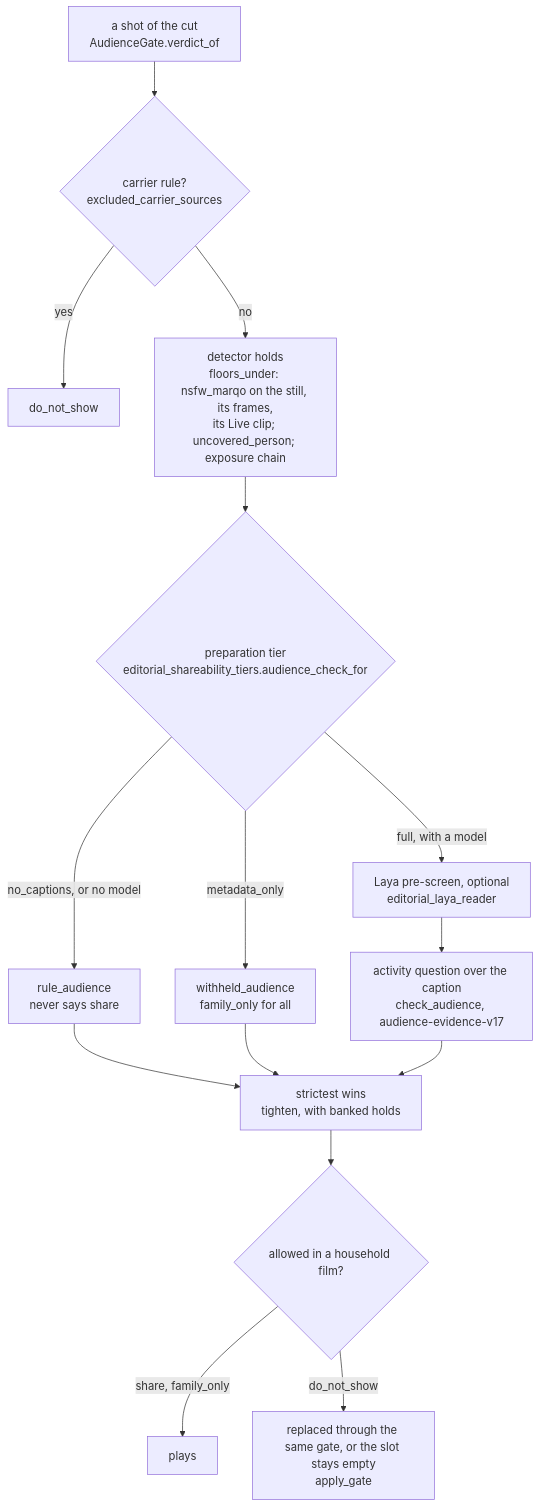
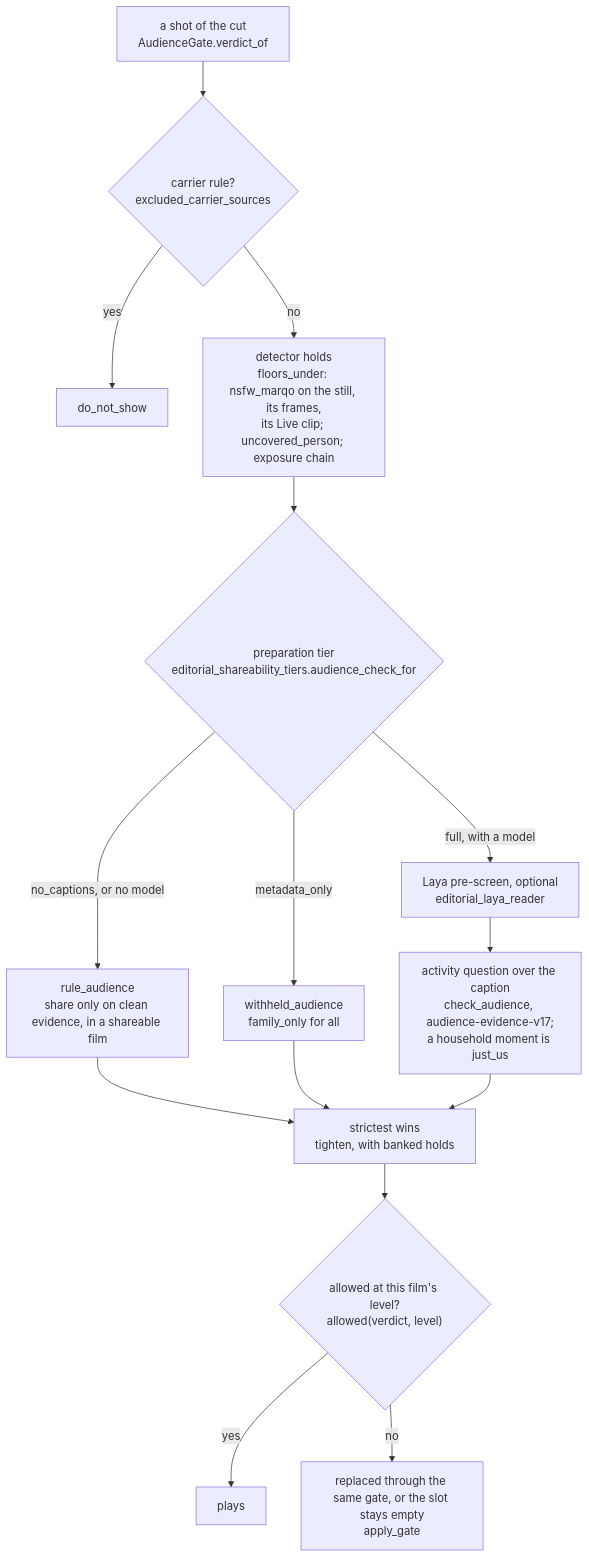
The second of 2 diagrams in docs-site/docs/how-it-chooses/family-audience-duplicates.md (sam-dumont/immich-video-memory-generator), drawn with Mermaid before and after one commit. The commit also changed other lines of this file and 57 other files, not shown here.

First line of the commit message:
feat(sharing): one sharing level per film: just us, family, shareable (#1325)

````diff
--- a/docs-site/docs/how-it-chooses/family-audience-duplicates.md
+++ b/docs-site/docs/how-it-chooses/family-audience-duplicates.md
@@ -86,17 +100,17 @@
 ```mermaid
 flowchart TD
   shot["a shot of the cut<br/>AudienceGate.verdict_of"] --> rule{"carrier rule?<br/>excluded_carrier_sources"}
   rule -- yes --> dns["do_not_show"]
   rule -- no --> floor["detector holds<br/>floors_under: nsfw_marqo on the still, its frames,<br/>its Live clip; uncovered_person; exposure chain"]
   floor --> tier{"preparation tier<br/>editorial_shareability_tiers.audience_check_for"}
-  tier -- "no_captions, or no model" --> ra["rule_audience<br/>never says share"]
+  tier -- "no_captions, or no model" --> ra["rule_audience<br/>share only on clean evidence, in a shareable film"]
   tier -- "metadata_only" --> wa["withheld_audience<br/>family_only for all"]
   tier -- "full, with a model" --> laya["Laya pre-screen, optional<br/>editorial_laya_reader"]
-  laya --> ca["activity question over the caption<br/>check_audience, audience-evidence-v17"]
+  laya --> ca["activity question over the caption<br/>check_audience, audience-evidence-v17;<br/>a household moment is just_us"]
   ra --> strict["strictest wins<br/>tighten, with banked holds"]
   wa --> strict
   ca --> strict
-  strict --> allowed{"allowed in a household film?"}
-  allowed -- "share, family_only" --> keep["plays"]
-  allowed -- "do_not_show" --> repl["replaced through the same gate, or the slot stays empty<br/>apply_gate"]
+  strict --> allowed{"allowed at this film's level?<br/>allowed(verdict, level)"}
+  allowed -- yes --> keep["plays"]
+  allowed -- no --> repl["replaced through the same gate, or the slot stays empty<br/>apply_gate"]
 ```
````
